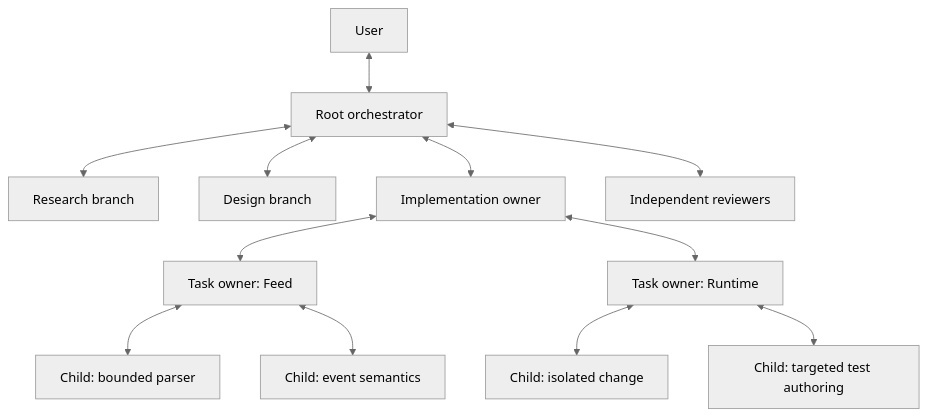
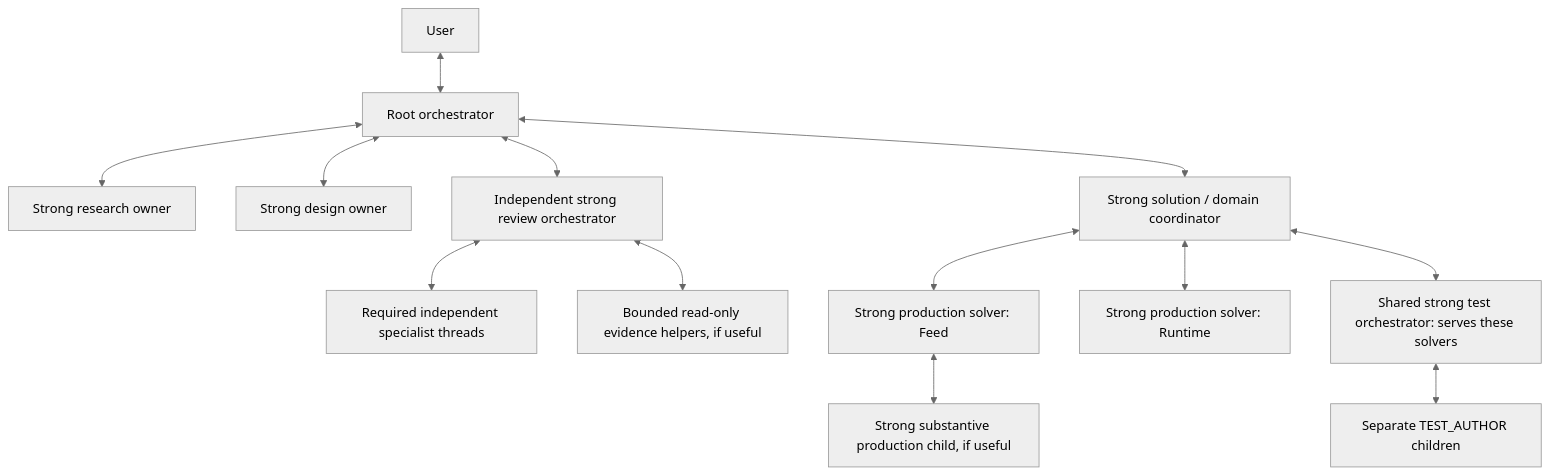
Before and after one commit to be0hhh/blazing-market: the first of 4 diagrams in skills/blazing-market/references/delegation-and-review.md, drawn with Mermaid (neutral theme). The commit also changed other lines of this file and 3 other files, not shown here.

Commit message:
feat: add native swarm branch ownership and dedicated test authors

````diff
--- a/skills/blazing-market/references/delegation-and-review.md
+++ b/skills/blazing-market/references/delegation-and-review.md
@@ -46,14 +49,15 @@
 ```mermaid
 flowchart TD
     U["User"] <--> R["Root orchestrator"]
-    R <--> X["Research branch"]
-    R <--> P["Design branch"]
-    R <--> I["Implementation owner"]
-    R <--> V["Independent reviewers"]
-    I <--> A["Task owner: Feed"]
-    I <--> B["Task owner: Runtime"]
-    A <--> A1["Child: bounded parser"]
-    A <--> A2["Child: event semantics"]
-    B <--> B1["Child: isolated change"]
-    B <--> B2["Child: targeted test authoring"]
+    R <--> X["Strong research owner"]
+    R <--> P["Strong design owner"]
+    R <--> I["Strong solution / domain coordinator"]
+    R <--> V["Independent strong review orchestrator"]
+    V <--> VS["Required independent specialist threads"]
+    V <--> VH["Bounded read-only evidence helpers, if useful"]
+    I <--> A["Strong production solver: Feed"]
+    I <--> B["Strong production solver: Runtime"]
+    A <--> A1["Strong substantive production child, if useful"]
+    I <--> T["Shared strong test orchestrator: serves these solvers"]
+    T <--> TA["Separate TEST_AUTHOR children"]
 ```
````
